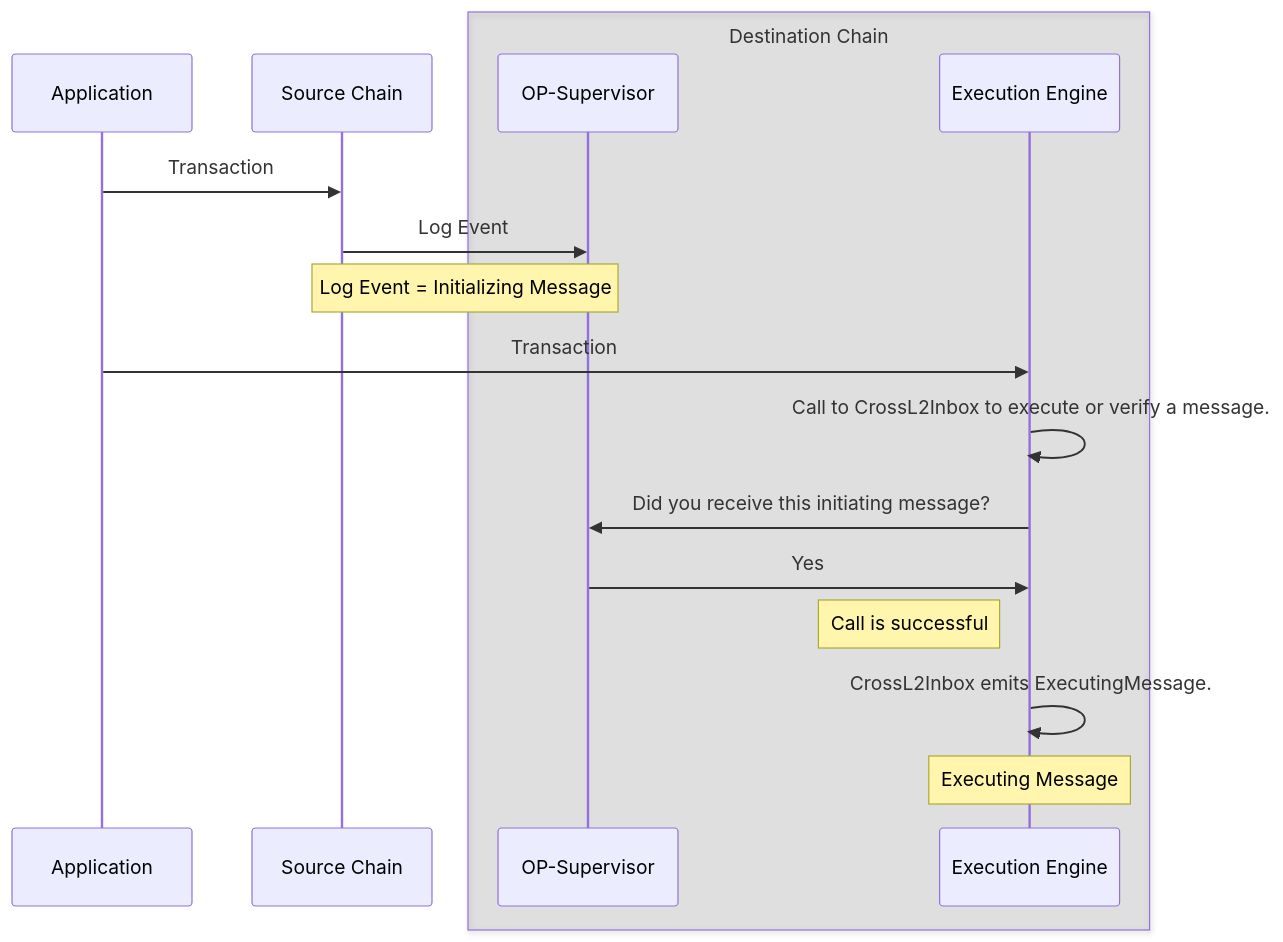
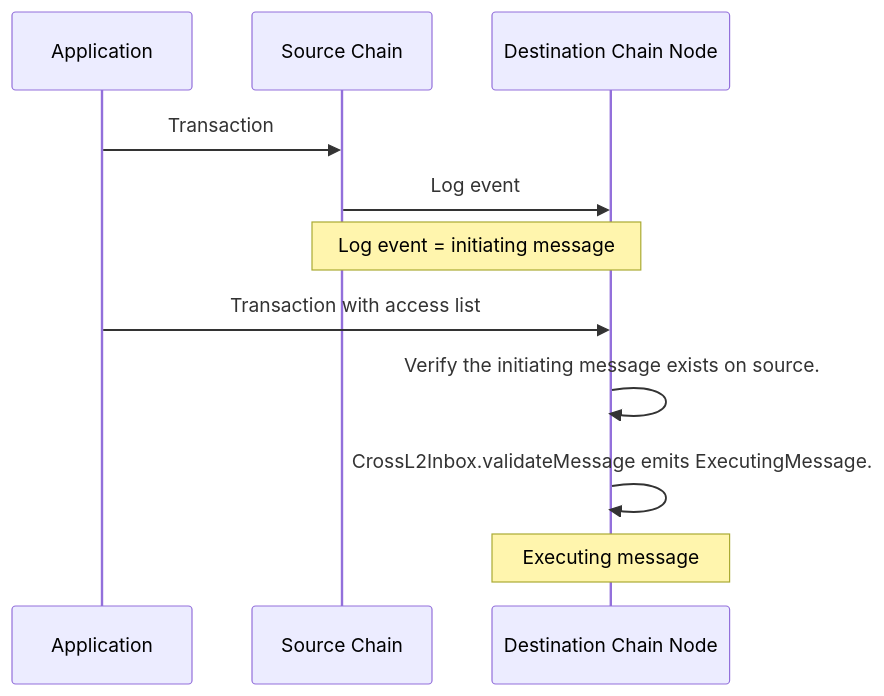
One commit to ethereum-optimism/optimism changed the second of 6 diagrams in docs/public-docs/op-stack/interop/explainer.mdx. Above: the diagram before and after it, drawn with Mermaid. The commit also changed other lines of this file and 3817 other files, not shown here.

````diff
--- a/docs/public-docs/op-stack/interop/explainer.mdx
+++ b/docs/public-docs/op-stack/interop/explainer.mdx
@@ -66,20 +84,14 @@
 ```mermaid
 
 sequenceDiagram
     participant app as Application
     participant src as Source Chain
-    box rgba(0,0,0,0.1) Destination Chain
-      participant dst-sup as OP-Supervisor
-      participant dst-geth as Execution Engine
-    end
+    participant dst as Destination Chain Node
     app->>src: Transaction
-    src->>dst-sup: Log Event
-    note over src,dst-sup: Log Event = Initializing Message
-    app->>dst-geth: Transaction
-    dst-geth->>dst-geth: Call to CrossL2Inbox to execute or verify a message.
-    dst-geth->>dst-sup: Did you receive this initiating message?
-    dst-sup->>dst-geth: Yes
-    note left of dst-geth: Call is successful
-    dst-geth->>dst-geth: CrossL2Inbox emits ExecutingMessage.
-    note over dst-geth: Executing Message
+    src->>dst: Log event
+    note over src,dst: Log event = initiating message
+    app->>dst: Transaction with access list
+    dst->>dst: Verify the initiating message exists on source.
+    dst->>dst: CrossL2Inbox.validateMessage emits ExecutingMessage.
+    note over dst: Executing message
 ```
````
